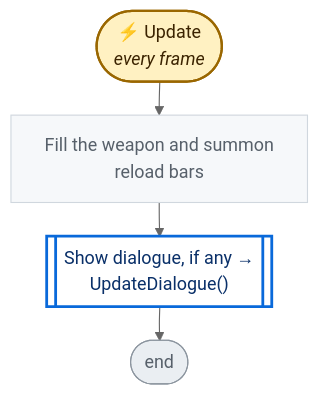
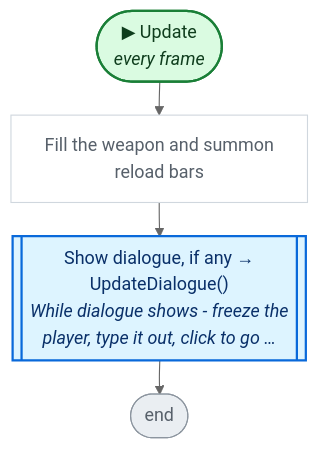
One commit to nataiai/Lord-of-the-Dungeon changed the second of 6 diagrams in CodeGraph~/graph/UI.cs.md. Above: the diagram before and after it, drawn with Mermaid (neutral theme). The commit also changed other lines of this file and 44 other files, not shown here.

````diff
--- a/CodeGraph~/graph/UI.cs.md
+++ b/CodeGraph~/graph/UI.cs.md
@@ -66,31 +66,35 @@
 ```mermaid
 ---
 config:
   flowchart:
     wrappingWidth: 260
     nodeSpacing: 26
     rankSpacing: 30
 ---
 flowchart TD
-  nS(["⚡ Update<br><i>every frame</i>"])
+  nS(["▶ Update<br><i>every frame</i>"])
   n5d0fb2["Fill the weapon and summon<br>reload bars"]
-  n1eca0c[["Show dialogue, if any →<br>UpdateDialogue()"]]
+  n1eca0c[["Show dialogue, if any →<br>UpdateDialogue()<br><i>While dialogue shows - freeze the</i><br><i>player, type it out, click to go …</i>"]]
   nE(["end"])
   nS --> n5d0fb2
   n5d0fb2 --> n1eca0c
   n1eca0c --> nE
-  classDef unity fill:#fff1c2,stroke:#9a6700,stroke-width:2px,color:#3b2300
-  classDef start fill:#ddf4ff,stroke:#0969da,stroke-width:2px,color:#0a3069
-  classDef calc fill:#f6f8fa,stroke:#d0d7de,color:#57606a
-  classDef calls fill:#ffffff,stroke:#0969da,stroke-width:2.5px,color:#0a3069
-  classDef cond fill:#ffffff,stroke:#6e7781,stroke-width:1.5px,color:#1f2328
-  classDef loop fill:#fbefff,stroke:#8250df,color:#3e1f79
-  classDef exit fill:#eaeef2,stroke:#57606a,color:#24292f
-  classDef wait fill:#fff8f0,stroke:#bc4c00,color:#4d1d00
+  classDef unity fill:#dafbe1,stroke:#1a7f37,stroke-width:2px,color:#0f3d1d
+  classDef start fill:#dafbe1,stroke:#1a7f37,stroke-width:2px,color:#0f3d1d
+  classDef calc fill:#ffffff,stroke:#d0d7de,color:#57606a
+  classDef calls fill:#ddf4ff,stroke:#0969da,stroke-width:2px,color:#0a3069
+  classDef ext fill:#ddf4ff,stroke:#0969da,stroke-width:2px,stroke-dasharray:5 3,color:#0a3069
+  classDef cond fill:#fff8c5,stroke:#bf8700,stroke-width:1.5px,color:#3d2a00
+  classDef loop fill:#f6f8fa,stroke:#57606a,color:#1f2328
+  classDef exit fill:#ffebe9,stroke:#cf222e,color:#82071e
+  classDef kill fill:#ffebe9,stroke:#cf222e,stroke-width:2px,color:#82071e
+  classDef spawn fill:#dafbe1,stroke:#1a7f37,stroke-width:2px,color:#0f3d1d
+  classDef wait fill:#fff1e5,stroke:#bc4c00,color:#4d1d00
   classDef fin fill:#eaeef2,stroke:#8c959f,color:#57606a
   classDef join fill:#d0d7de,stroke:#8c959f,color:#57606a
+  classDef ghdr fill:#f5f9ff,stroke:#f5f9ff,color:#0a3069,font-weight:bold
   class n5d0fb2 calc
   class n1eca0c calls
   class nE fin
   class nS unity
 ```
````
